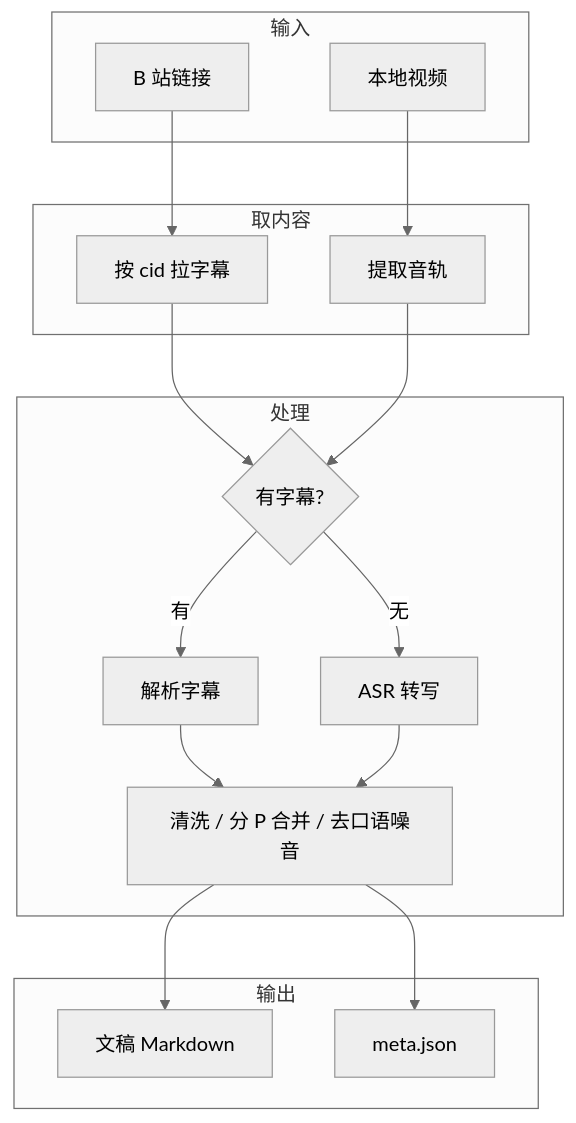
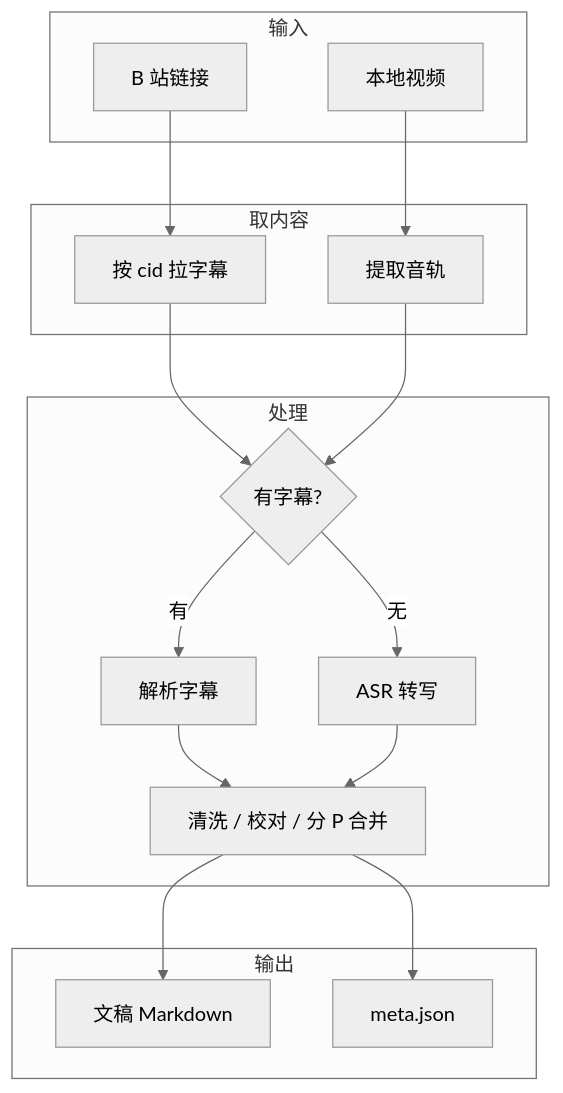
Before and after one commit to JustChenk/digital-garden: the diagram in tools/vid-transcript.md, drawn with Mermaid (neutral theme). The commit also changed other lines of this file, not shown here.

````diff
--- a/tools/vid-transcript.md
+++ b/tools/vid-transcript.md
@@ -15,27 +15,27 @@
 ```mermaid
 flowchart TB
   subgraph input [输入]
     A1[B 站链接]
     A2[本地视频]
   end
   subgraph fetch [取内容]
     B1[按 cid 拉字幕]
     B2[提取音轨]
   end
   subgraph process [处理]
     C1{有字幕?}
     D1[解析字幕]
     D2[ASR 转写]
-    E1[清洗 / 分 P 合并 / 去口语噪音]
+    E1[清洗 / 校对 / 分 P 合并]
   end
   subgraph output [输出]
     F1[文稿 Markdown]
     F2[meta.json]
   end
   A1 --> B1 --> C1
   A2 --> B2 --> C1
   C1 -->|有| D1 --> E1
   C1 -->|无| D2 --> E1
   E1 --> F1
   E1 --> F2
 ```
````
